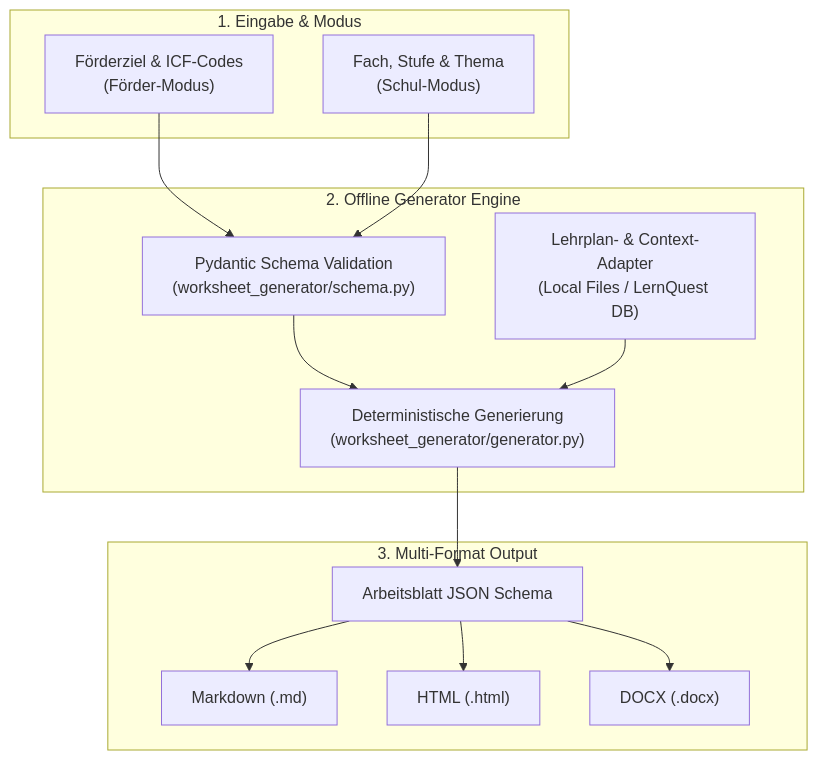
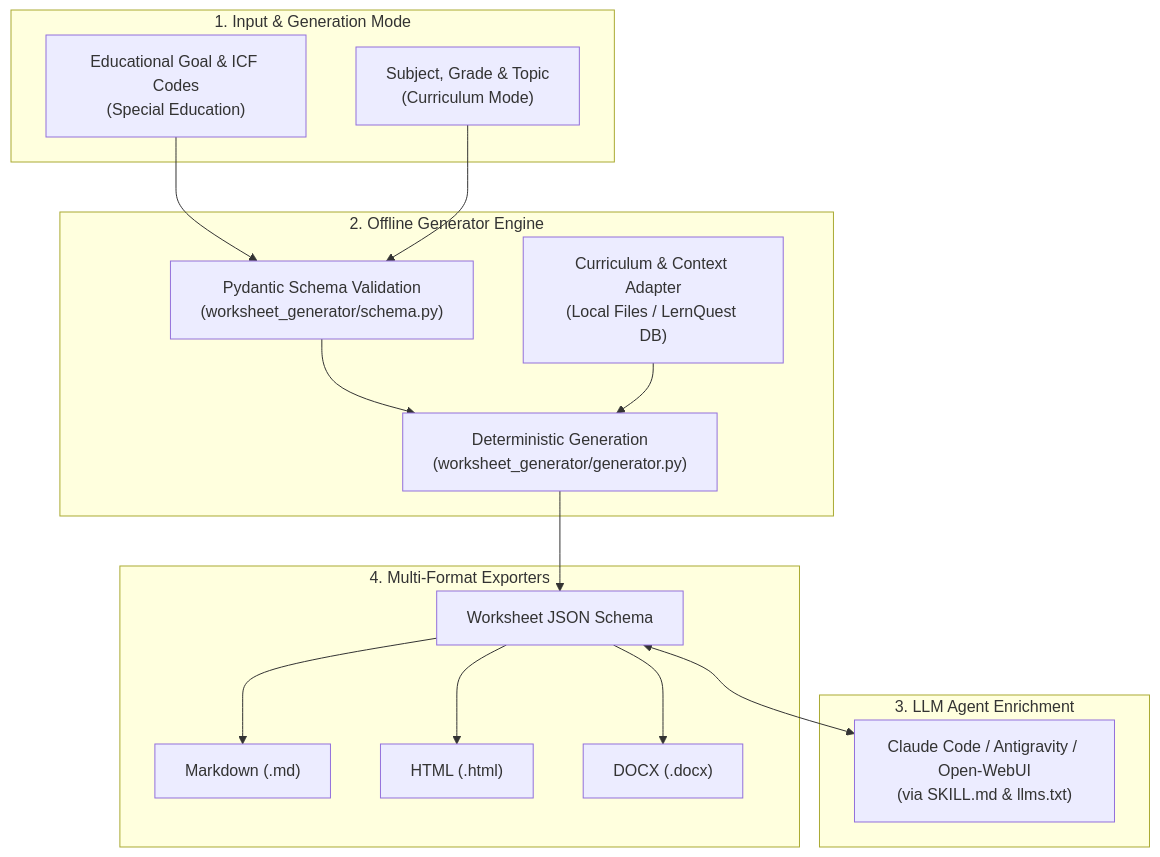
One commit to ellmos-ai/worksheet-generator changed the diagram in README.md. Above: the diagram before and after it, drawn with Mermaid. The commit also changed other lines of this file and 4 other files, not shown here.

Commit message:
docs: add German README_de.md, update bilingual README, bump version to 0.1.2 and refresh llms.txt

````diff
--- a/README.md
+++ b/README.md
@@ -84,29 +79,34 @@
 ```mermaid
 flowchart TD
-    subgraph Inputs["1. Eingabe & Modus"]
-        A1["Förderziel & ICF-Codes<br/>(Förder-Modus)"]
-        A2["Fach, Stufe & Thema<br/>(Schul-Modus)"]
+    subgraph Inputs["1. Input & Generation Mode"]
+        A1["Educational Goal & ICF Codes<br/>(Special Education)"]
+        A2["Subject, Grade & Topic<br/>(Curriculum Mode)"]
     end
 
     subgraph CoreEngine["2. Offline Generator Engine"]
         B1["Pydantic Schema Validation<br/>(worksheet_generator/schema.py)"]
-        B2["Deterministische Generierung<br/>(worksheet_generator/generator.py)"]
-        B3["Lehrplan- & Context-Adapter<br/>(Local Files / LernQuest DB)"]
+        B2["Deterministic Generation<br/>(worksheet_generator/generator.py)"]
+        B3["Curriculum & Context Adapter<br/>(Local Files / LernQuest DB)"]
     end
 
-    subgraph OutputFormat["3. Multi-Format Output"]
-        C1["Arbeitsblatt JSON Schema"]
+    subgraph AgentLayer["3. LLM Agent Enrichment"]
+        E1["Claude Code / Antigravity / Open-WebUI<br/>(via SKILL.md & llms.txt)"]
+    end
+
+    subgraph OutputFormat["4. Multi-Format Exporters"]
+        C1["Worksheet JSON Schema"]
         D1["Markdown (.md)"]
         D2["HTML (.html)"]
         D3["DOCX (.docx)"]
     end
 
     A1 --> B1
     A2 --> B1
     B1 --> B2
     B3 --> B2
     B2 --> C1
+    C1 <--> E1
     C1 --> D1
     C1 --> D2
     C1 --> D3
 ```
````
